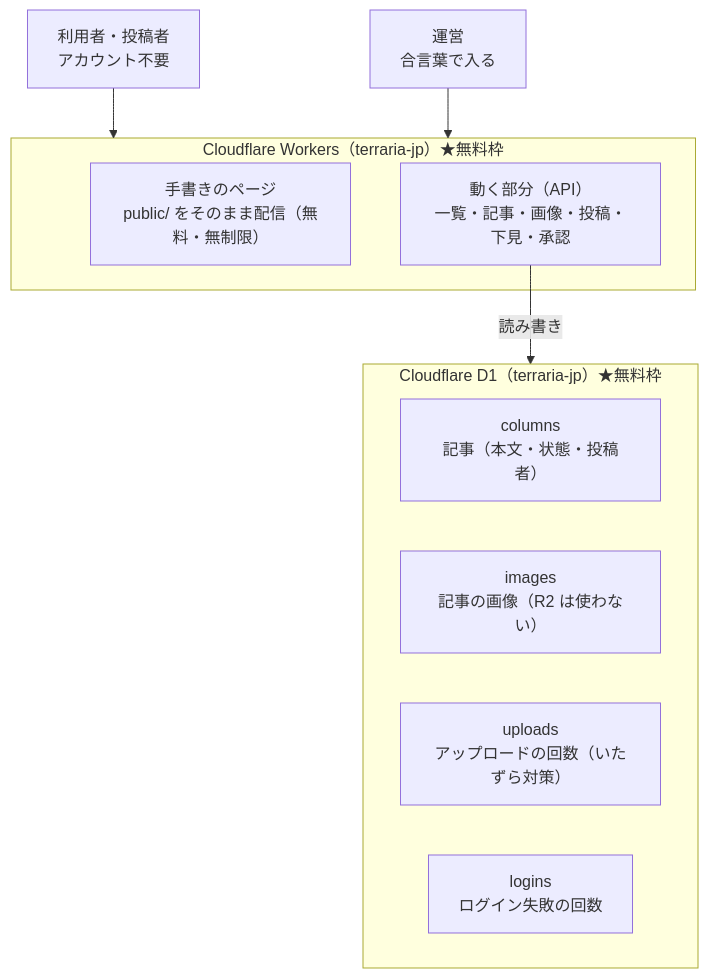
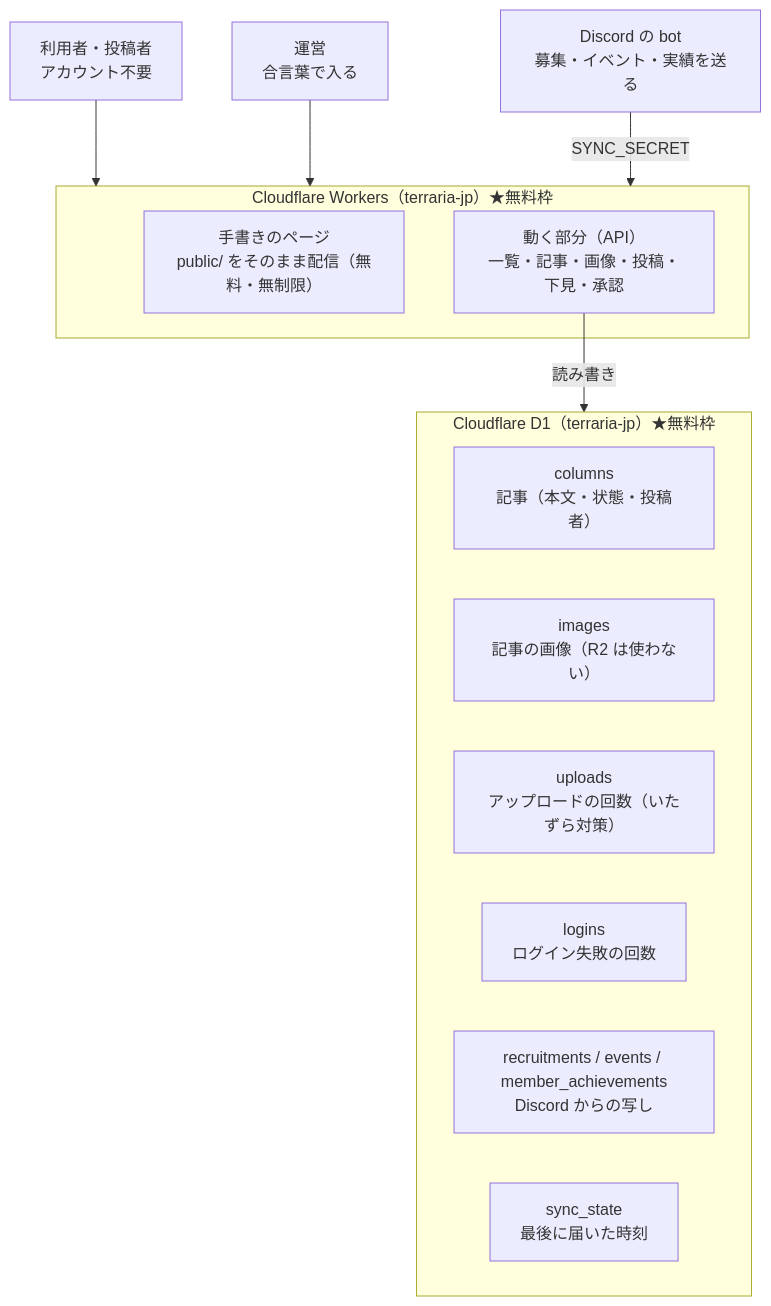
One commit to Pl4ceholder/terraria_jp_website changed the diagram in CLOUDFLARE.md. Above: the diagram before and after it, drawn with Mermaid. The commit also changed other lines of this file and 1 other file, not shown here.

````diff
--- a/CLOUDFLARE.md
+++ b/CLOUDFLARE.md
@@ -12,19 +12,22 @@
 ```mermaid
 flowchart TD
     A["利用者・投稿者<br />アカウント不要"] --> W
     B["運営<br />合言葉で入る"] --> W
+    BOT["Discord の bot<br />募集・イベント・実績を送る"] -->|SYNC_SECRET| W
 
     subgraph W["Cloudflare Workers（terraria-jp）★無料枠"]
         P["手書きのページ<br />public/ をそのまま配信（無料・無制限）"]
         D["動く部分（API）<br />一覧・記事・画像・投稿・下見・承認"]
     end
 
     D -->|読み書き| DB
 
     subgraph DB["Cloudflare D1（terraria-jp）★無料枠"]
         T1["columns<br />記事（本文・状態・投稿者）"]
         T2["images<br />記事の画像（R2 は使わない）"]
         T3["uploads<br />アップロードの回数（いたずら対策）"]
         T4["logins<br />ログイン失敗の回数"]
+        T5["recruitments / events / member_achievements<br />Discord からの写し"]
+        T6["sync_state<br />最後に届いた時刻"]
     end
 ```
````
